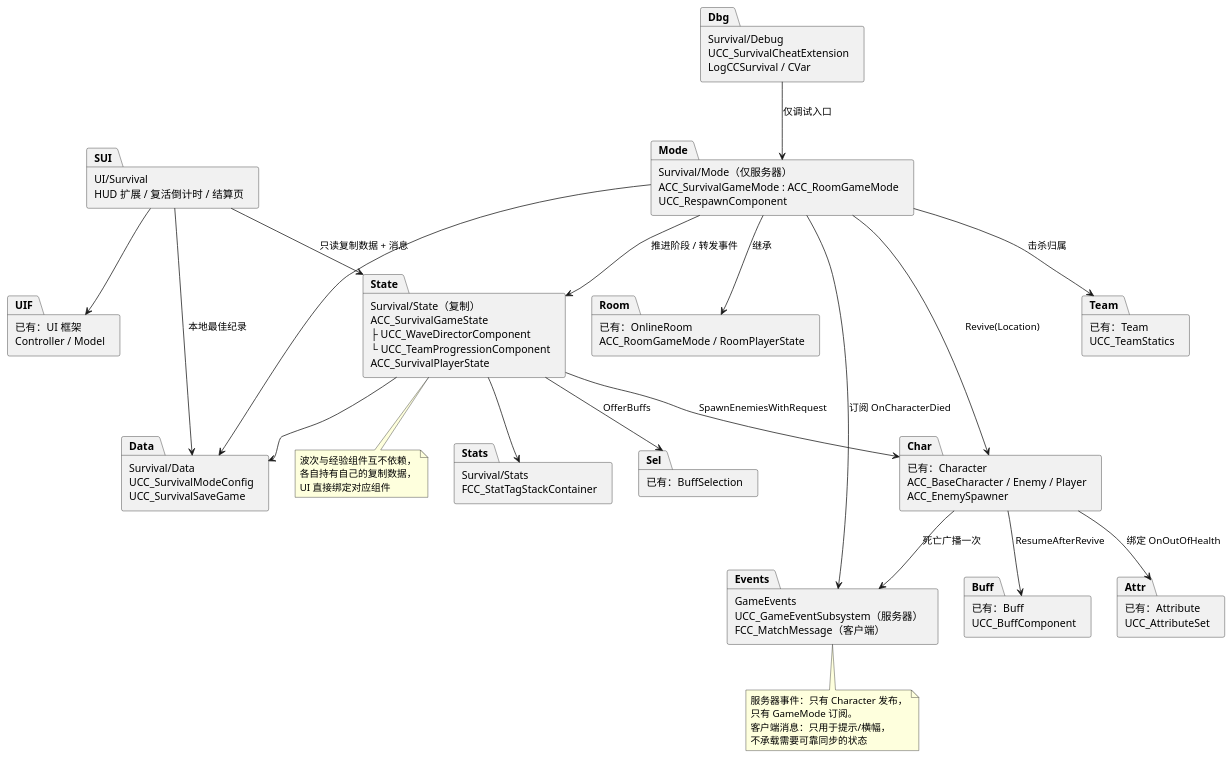
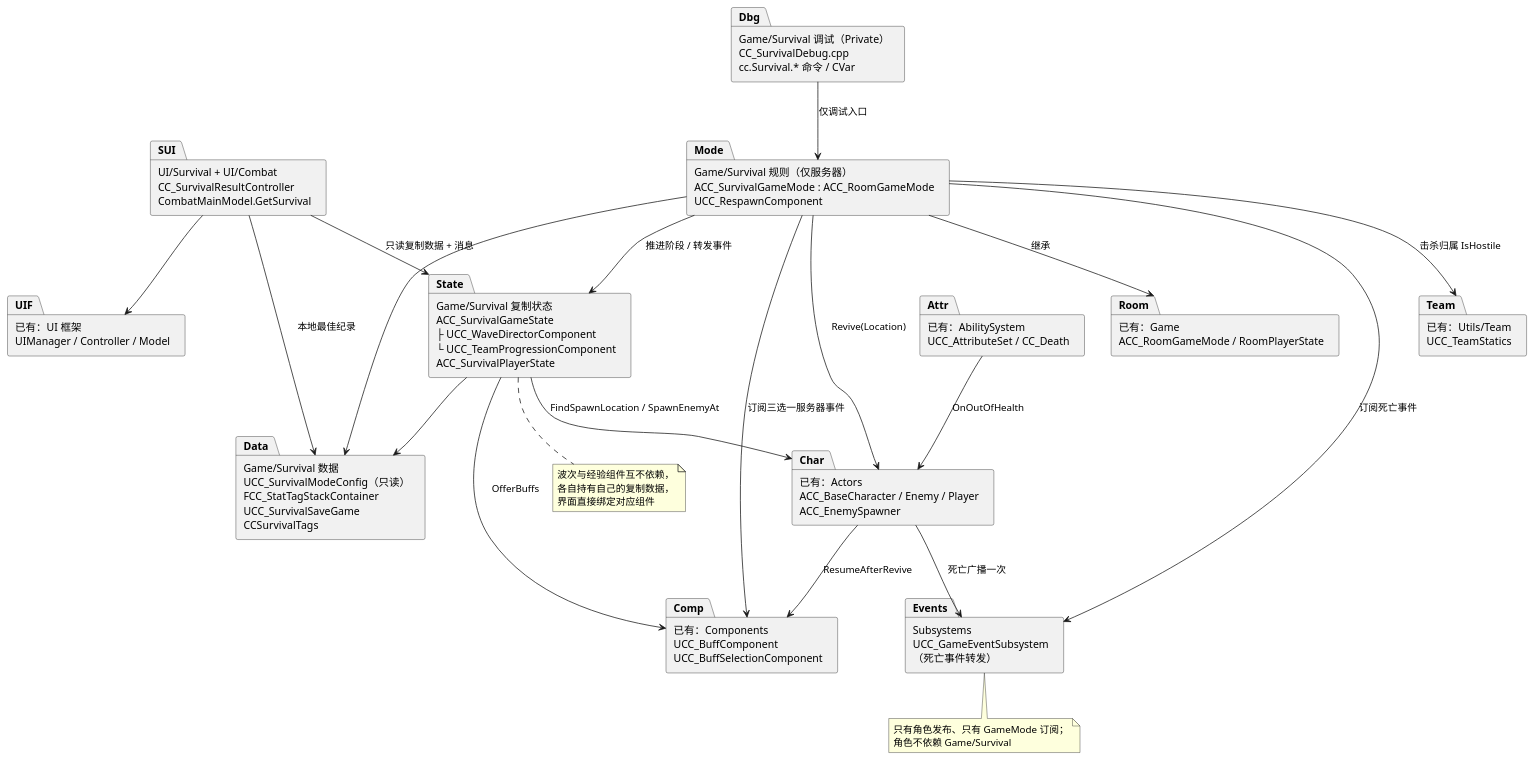
Before and after one commit to peng984251536/GAS_Demo: the first of 11 diagrams in Docs/SurvivalMode.zh-CN.md, drawn with PlantUML. The commit also changed other lines of this file and 141 other files, not shown here.

````diff
--- a/Docs/SurvivalMode.zh-CN.md
+++ b/Docs/SurvivalMode.zh-CN.md
@@ -54,53 +76,49 @@
 ```plantuml
 @startuml 生存模式模块依赖
 skinparam shadowing false
 skinparam defaultFontName "Microsoft YaHei"
 skinparam packageStyle rectangle
 
-package "Survival/Mode（仅服务器）\nACC_SurvivalGameMode : ACC_RoomGameMode\nUCC_RespawnComponent" as Mode
-package "Survival/State（复制）\nACC_SurvivalGameState\n├ UCC_WaveDirectorComponent\n└ UCC_TeamProgressionComponent\nACC_SurvivalPlayerState" as State
-package "Survival/Stats\nFCC_StatTagStackContainer" as Stats
-package "Survival/Data\nUCC_SurvivalModeConfig\nUCC_SurvivalSaveGame" as Data
-package "Survival/Debug\nUCC_SurvivalCheatExtension\nLogCCSurvival / CVar" as Dbg
-package "GameEvents\nUCC_GameEventSubsystem（服务器）\nFCC_MatchMessage（客户端）" as Events
-package "UI/Survival\nHUD 扩展 / 复活倒计时 / 结算页" as SUI
+package "Game/Survival 规则（仅服务器）\nACC_SurvivalGameMode : ACC_RoomGameMode\nUCC_RespawnComponent" as Mode
+package "Game/Survival 复制状态\nACC_SurvivalGameState\n├ UCC_WaveDirectorComponent\n└ UCC_TeamProgressionComponent\nACC_SurvivalPlayerState" as State
+package "Game/Survival 数据\nUCC_SurvivalModeConfig（只读）\nFCC_StatTagStackContainer\nUCC_SurvivalSaveGame\nCCSurvivalTags" as Data
+package "Game/Survival 调试（Private）\nCC_SurvivalDebug.cpp\ncc.Survival.* 命令 / CVar" as Dbg
+package "Subsystems\nUCC_GameEventSubsystem\n（死亡事件转发）" as Events
+package "UI/Survival + UI/Combat\nCC_SurvivalResultController\nCombatMainModel.GetSurvival" as SUI
 
-package "已有：OnlineRoom\nACC_RoomGameMode / RoomPlayerState" as Room
-package "已有：Character\nACC_BaseCharacter / Enemy / Player\nACC_EnemySpawner" as Char
-package "已有：Attribute\nUCC_AttributeSet" as Attr
-package "已有：BuffSelection" as Sel
-package "已有：Buff\nUCC_BuffComponent" as Buff
-package "已有：Team\nUCC_TeamStatics" as Team
-package "已有：UI 框架\nController / Model" as UIF
+package "已有：Game\nACC_RoomGameMode / RoomPlayerState" as Room
+package "已有：Actors\nACC_BaseCharacter / Enemy / Player\nACC_EnemySpawner" as Char
+package "已有：AbilitySystem\nUCC_AttributeSet / CC_Death" as Attr
+package "已有：Components\nUCC_BuffComponent\nUCC_BuffSelectionComponent" as Comp
+package "已有：Utils/Team\nUCC_TeamStatics" as Team
+package "已有：UI 框架\nUIManager / Controller / Model" as UIF
 
 Mode --> Room : 继承
 Mode --> State : 推进阶段 / 转发事件
-Mode --> Events : 订阅 OnCharacterDied
-Mode --> Team : 击杀归属
+Mode --> Events : 订阅死亡事件
+Mode --> Team : 击杀归属 IsHostile
 Mode --> Char : Revive(Location)
-State --> Char : SpawnEnemiesWithRequest
-State --> Sel : OfferBuffs
-State --> Stats
+Mode --> Comp : 订阅三选一服务器事件
+State --> Char : FindSpawnLocation / SpawnEnemyAt
+State --> Comp : OfferBuffs
 State --> Data
 Mode --> Data
-Char --> Attr : 绑定 OnOutOfHealth
+Attr --> Char : OnOutOfHealth
 Char --> Events : 死亡广播一次
-Char --> Buff : ResumeAfterRevive
+Char --> Comp : ResumeAfterRevive
 Dbg --> Mode : 仅调试入口
 SUI --> State : 只读复制数据 + 消息
 SUI --> UIF
 SUI --> Data : 本地最佳纪录
 
 note bottom of State
   波次与经验组件互不依赖，
   各自持有自己的复制数据，
-  UI 直接绑定对应组件
+  界面直接绑定对应组件
 end note
 note bottom of Events
-  服务器事件：只有 Character 发布，
-  只有 GameMode 订阅。
-  客户端消息：只用于提示/横幅，
-  不承载需要可靠同步的状态
+  只有角色发布、只有 GameMode 订阅；
+  角色不依赖 Game/Survival
 end note
 @enduml
 ```
````
